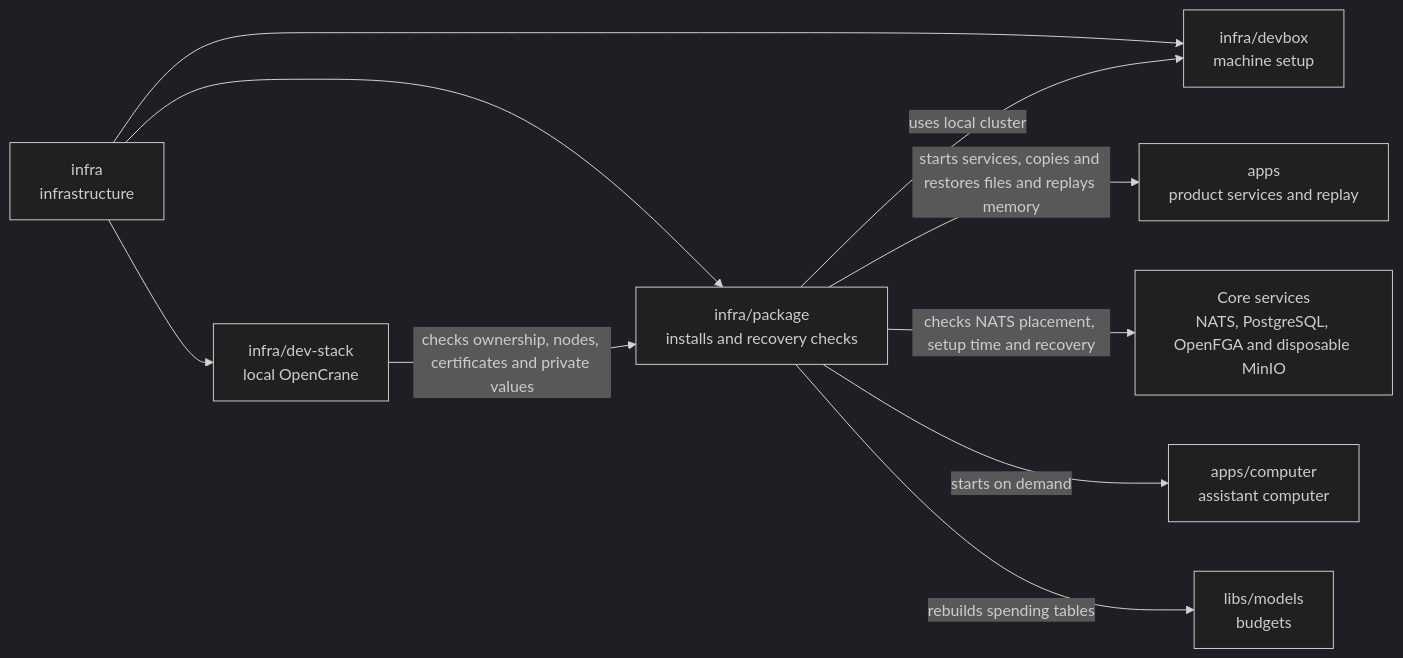
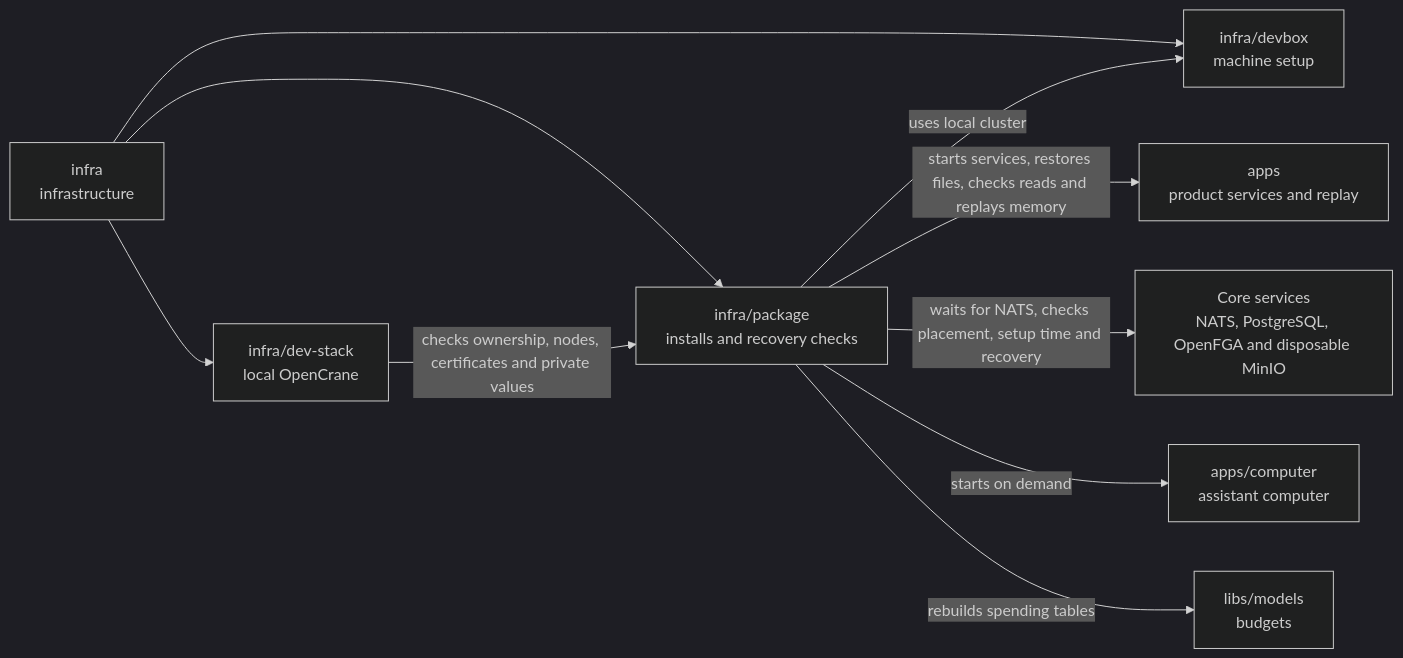
Before and after one commit to elewa-git/opencrane-new: the diagram in infra/package/README.md, drawn with Mermaid (dark theme). The commit also changed other lines of this file and 6 other files, not shown here.

````diff
--- a/infra/package/README.md
+++ b/infra/package/README.md
@@ -19,12 +19,12 @@
 ```mermaid
 flowchart LR
   infra["infra<br/>infrastructure"] --> package["infra/package<br/>installs and recovery checks"]
   infra --> stack["infra/dev-stack<br/>local OpenCrane"]
   infra --> devbox["infra/devbox<br/>machine setup"]
   stack -->|checks ownership, nodes, certificates and private values| package
   package -->|uses local cluster| devbox
-  package -->|starts services, copies and restores files and replays memory| apps["apps<br/>product services and replay"]
-  package -->|checks NATS placement, setup time and recovery| services["Core services<br/>NATS, PostgreSQL, OpenFGA and disposable MinIO"]
+  package -->|starts services, restores files, checks reads and replays memory| apps["apps<br/>product services and replay"]
+  package -->|waits for NATS, checks placement, setup time and recovery| services["Core services<br/>NATS, PostgreSQL, OpenFGA and disposable MinIO"]
   package -->|starts on demand| computer["apps/computer<br/>assistant computer"]
   package -->|rebuilds spending tables| models["libs/models<br/>budgets"]
 ```
````
